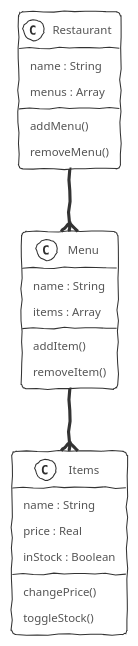
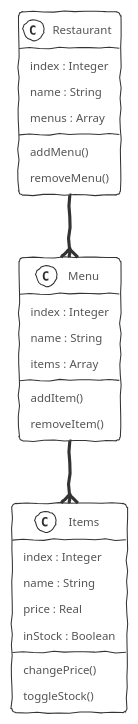
The diagram in design.plantuml (MadZako/Restaurant-OOP-DB), drawn with PlantUML before and after one commit. The commit also changed 9 other files, not shown here.

```diff
--- a/design.plantuml
+++ b/design.plantuml
@@ -1,32 +1,35 @@
 @startuml airportDesign
 !theme sketchy-outline
 
 class Restaurant {
+	index : Integer
 	name : String
 	menus : Array
 
 	addMenu()
 	removeMenu()
 }
 
 class Menu {
+	index : Integer
 	name : String
 	items : Array
 
 	addItem()
 	removeItem()
 }
 
 class Items {
+	index : Integer
 	name : String
 	price : Real
 	inStock : Boolean
 
 	changePrice()
 	toggleStock()
 }
 
 Restaurant --{ Menu
 Menu --{ Items
 
 @enduml
```
